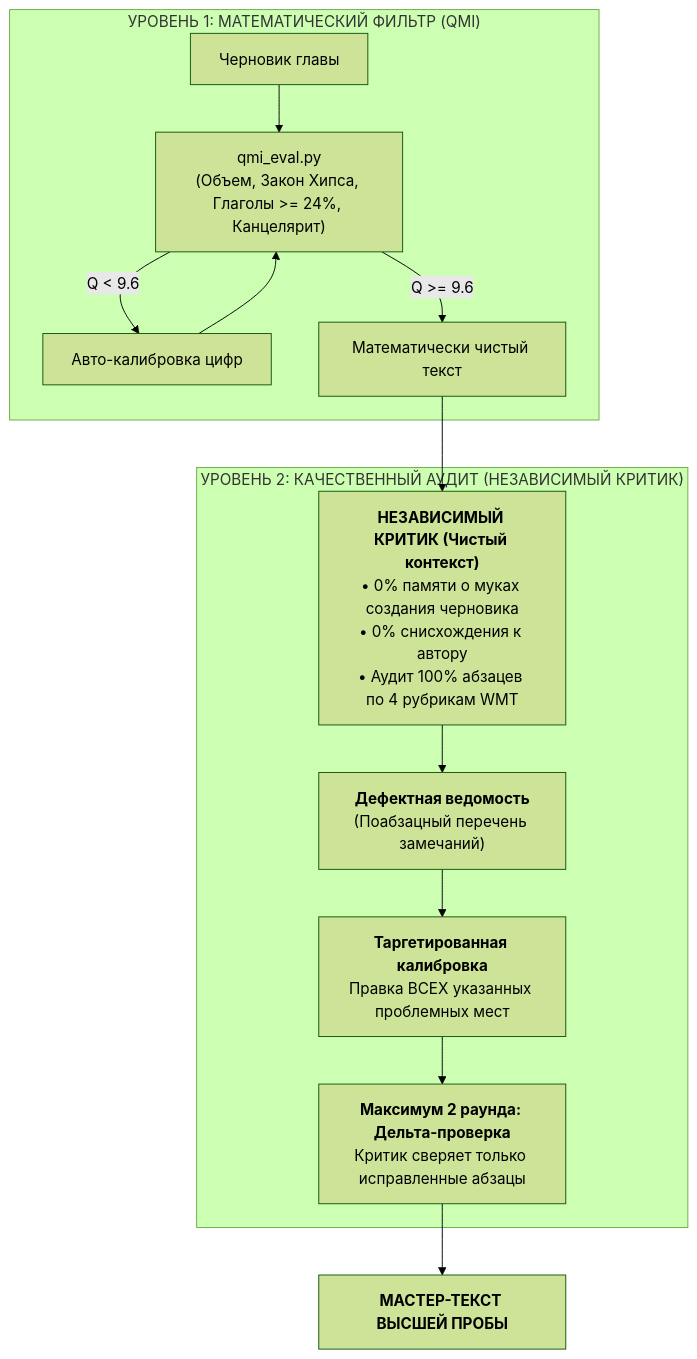
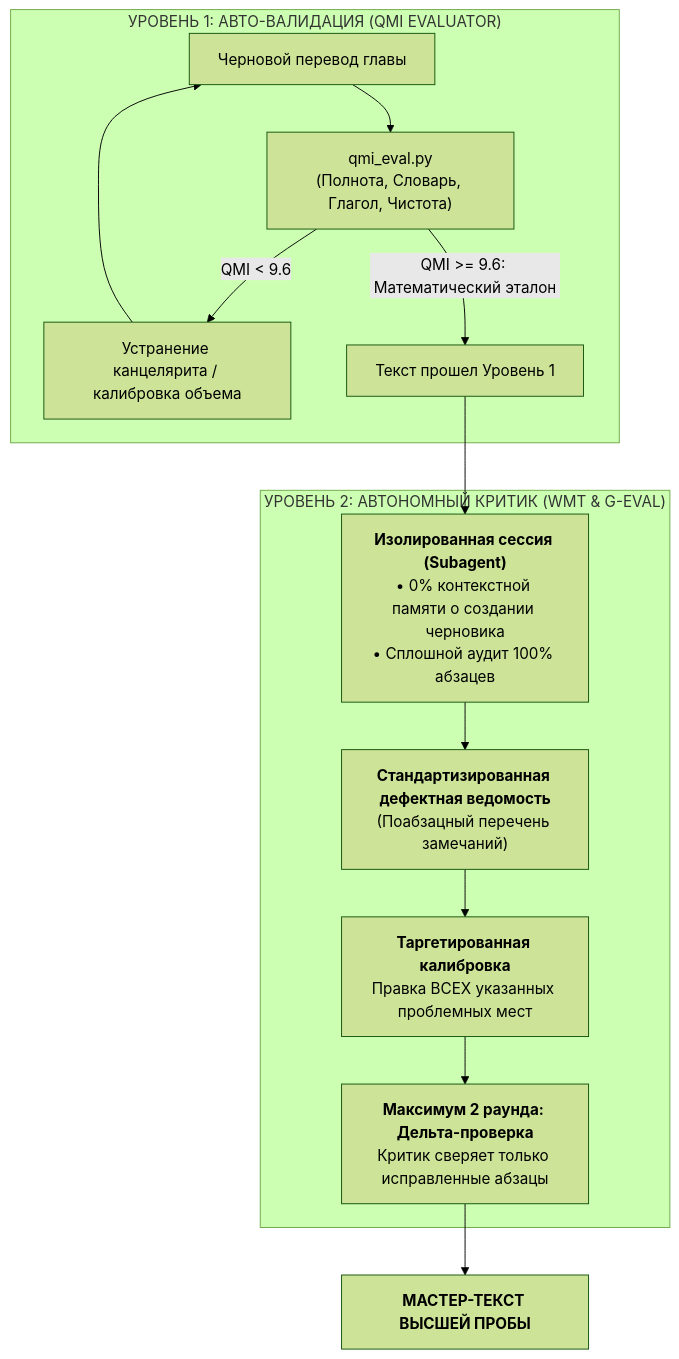
Before and after one commit to lnp/classic-russian-translation: the second of 2 diagrams in README.md, drawn with Mermaid (forest theme). The commit also changed other lines of this file and 1 other file, not shown here.

Commit message:
feat: Autonomous Critic protocol v1.3.2, scientific grounding (LLM-as-a-Judge, WMT Literary, QMI v2.0 roadmap), and H. G. Wells examples

````diff
--- a/README.md
+++ b/README.md
@@ -188,20 +189,20 @@
 ```mermaid
 flowchart TD
-    subgraph LEVEL_1 ["УРОВЕНЬ 1: МАТЕМАТИЧЕСКИЙ ФИЛЬТР (QMI)"]
-        DRAFT["Черновик главы"] --> QMI_TEST["qmi_eval.py<br/>(Объем, Закон Хипса, Глаголы >= 24%, Канцелярит)"]
-        QMI_TEST -->|Q < 9.6| FIX_NUM["Авто-калибровка цифр"]
-        FIX_NUM --> QMI_TEST
-        QMI_TEST -->|Q >= 9.6| CLEAN_DRAFT["Математически чистый текст"]
+    subgraph LEVEL1 ["УРОВЕНЬ 1: АВТО-ВАЛИДАЦИЯ (QMI EVALUATOR)"]
+        DRAFT["Черновой перевод главы"] --> EVAL["qmi_eval.py<br/>(Полнота, Словарь, Глагол, Чистота)"]
+        EVAL -->|QMI < 9.6| FIX_MATH["Устранение канцелярита / калибровка объема"]
+        FIX_MATH --> DRAFT
+        EVAL -->|QMI >= 9.6: Математический эталон| CLEAN_TEXT["Текст прошел Уровень 1"]
     end
 
-    CLEAN_DRAFT --> CRITIC
+    CLEAN_TEXT --> CRITIC_PROMPT
 
-    subgraph LEVEL_2 ["УРОВЕНЬ 2: КАЧЕСТВЕННЫЙ АУДИТ (НЕЗАВИСИМЫЙ КРИТИК)"]
-        CRITIC["<b>НЕЗАВИСИМЫЙ КРИТИК (Чистый контекст)</b><br/>• 0% памяти о муках создания черновика<br/>• 0% снисхождения к автору<br/>• Аудит 100% абзацев по 4 рубрикам WMT"]
-        CRITIC --> DEF_TABLE["<b>Дефектная ведомость</b><br/>(Поабзацный перечень замечаний)"]
+    subgraph LEVEL2 ["УРОВЕНЬ 2: АВТОНОМНЫЙ КРИТИК (WMT & G-EVAL)"]
+        CRITIC_PROMPT["<b>Изолированная сессия (Subagent)</b><br/>• 0% контекстной памяти о создании черновика<br/>• Сплошной аудит 100% абзацев"]
+        CRITIC_PROMPT --> DEF_TABLE["<b>Стандартизированная дефектная ведомость</b><br/>(Поабзацный перечень замечаний)"]
         DEF_TABLE --> PATCH["<b>Таргетированная калибровка</b><br/>Правка ВСЕХ указанных проблемных мест"]
         PATCH --> DELTA["<b>Максимум 2 раунда: Дельта-проверка</b><br/>Критик сверяет только исправленные абзацы"]
     end
 
     DELTA --> MASTER["<b>МАСТЕР-ТЕКСТ ВЫСШЕЙ ПРОБЫ</b>"]
 ```
````
